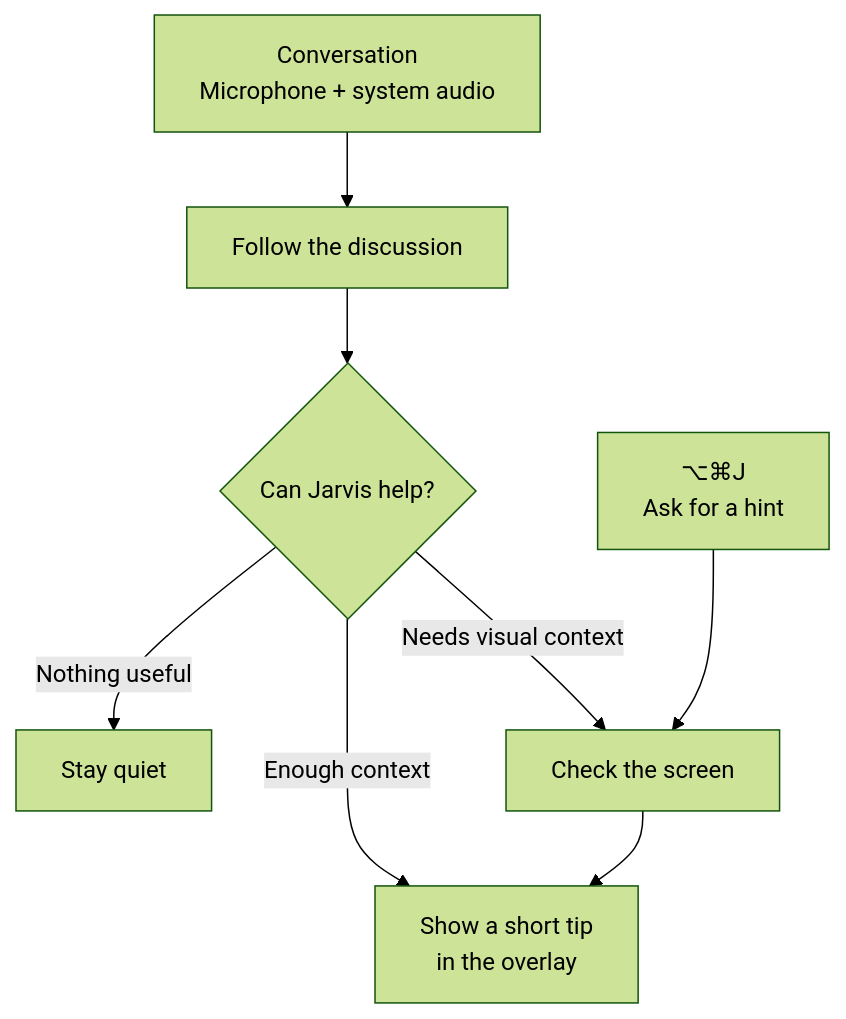
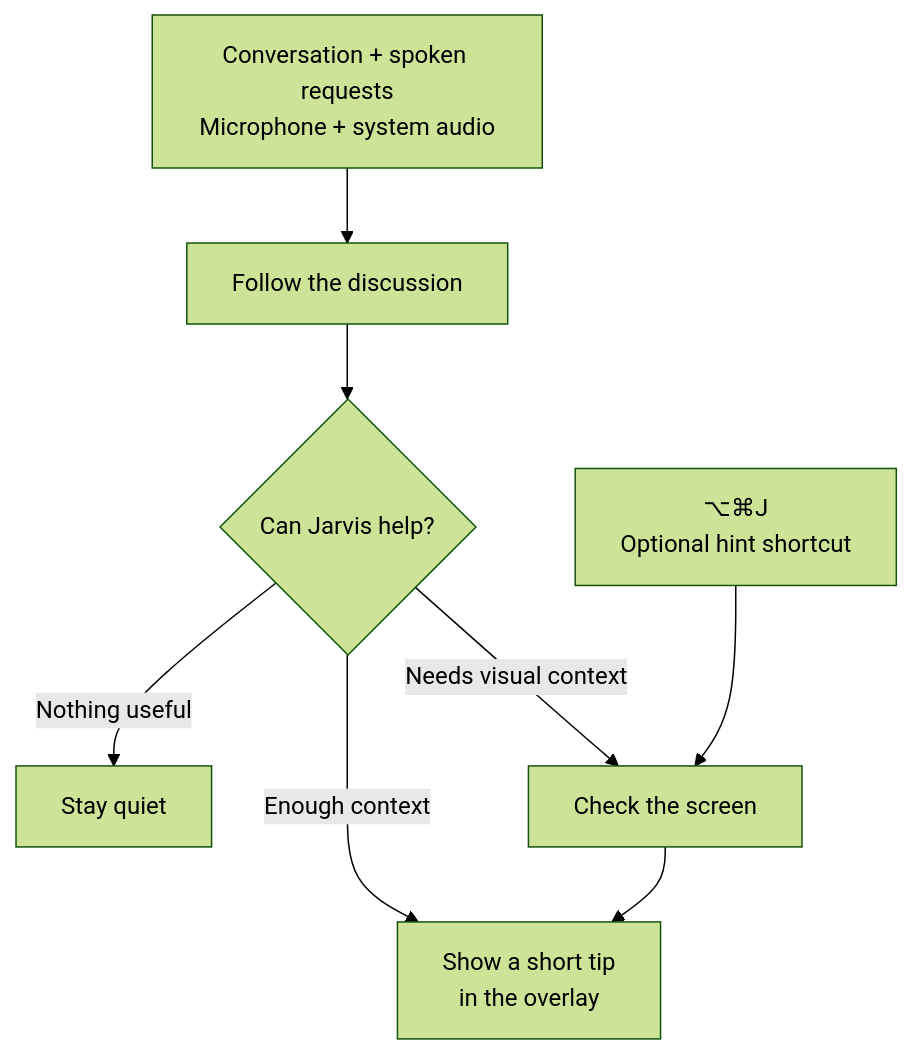
Before and after one commit to JINGBANZ/jarvis: the diagram in README.md, drawn with Mermaid (forest theme). The commit also changed other lines of this file and 3 other files, not shown here.

````diff
--- a/README.md
+++ b/README.md
@@ -21,10 +30,10 @@
 ```mermaid
 flowchart TD
-    A["Conversation<br/>Microphone + system audio"] --> B["Follow the discussion"]
+    A["Conversation + spoken requests<br/>Microphone + system audio"] --> B["Follow the discussion"]
     B --> C{"Can Jarvis help?"}
     C -->|"Nothing useful"| D["Stay quiet"]
     C -->|"Enough context"| E["Show a short tip<br/>in the overlay"]
     C -->|"Needs visual context"| F["Check the screen"]
     F --> E
-    G["⌥⌘J<br/>Ask for a hint"] --> F
+    G["⌥⌘J<br/>Optional hint shortcut"] --> F
 ```
````
